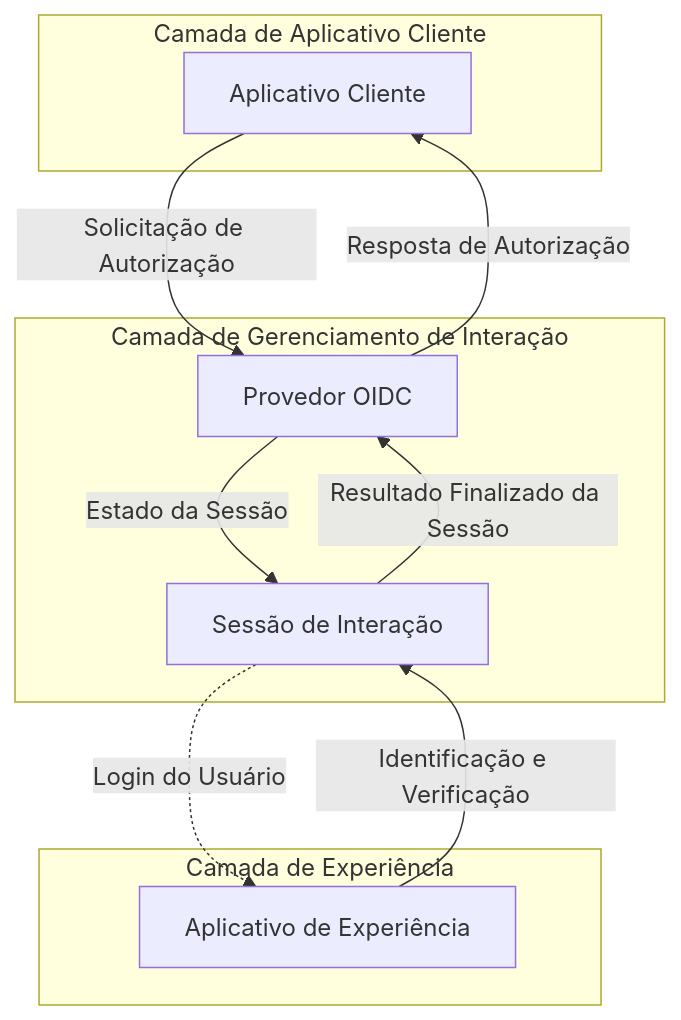
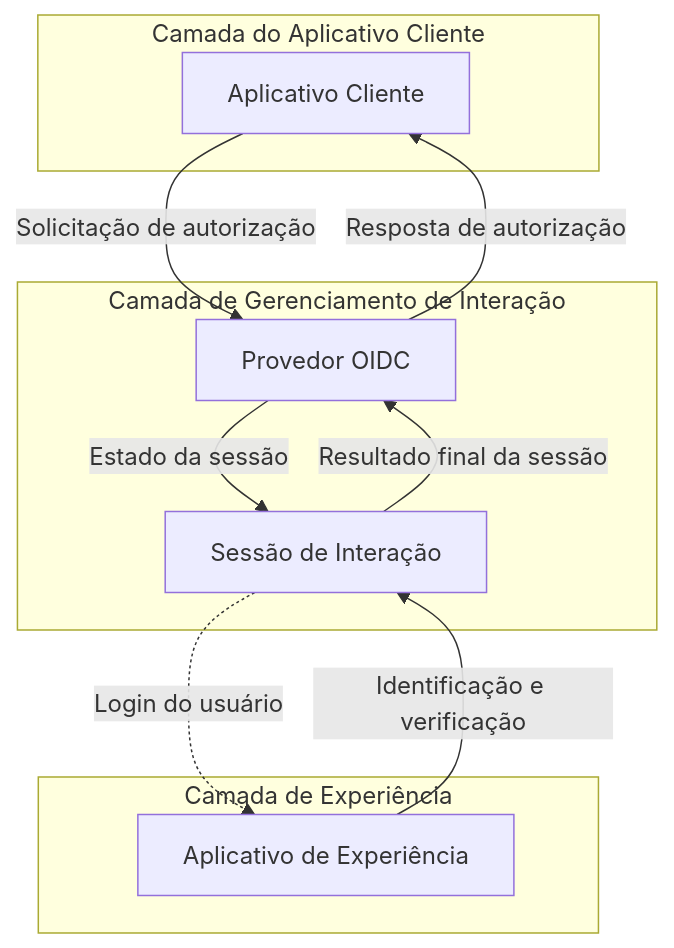
One commit to logto-io/docs changed the second of 2 diagrams in i18n/pt-BR/docusaurus-plugin-content-docs/current/end-user-flows/sign-up-and-sign-in/README.mdx. Above: the diagram before and after it, drawn with Mermaid. The commit also changed other lines of this file and 53 other files, not shown here.

````diff
--- a/i18n/pt-BR/docusaurus-plugin-content-docs/current/end-user-flows/sign-up-and-sign-in/README.mdx
+++ b/i18n/pt-BR/docusaurus-plugin-content-docs/current/end-user-flows/sign-up-and-sign-in/README.mdx
@@ -47,24 +47,24 @@
 ```mermaid
 flowchart TD
   %% Camadas
-  subgraph Layer1 [Camada de Aplicativo Cliente]
+  subgraph Layer1 [Camada do Aplicativo Cliente]
       A[Aplicativo Cliente]
   end
 
   subgraph Layer2 [Camada de Gerenciamento de Interação]
       B[Provedor OIDC]
       C[Sessão de Interação]
   end
 
   subgraph Layer3 [Camada de Experiência]
       D[Aplicativo de Experiência]
   end
 
   %% Conexões
-  A --> |Solicitação de Autorização| B
-  B --> |Estado da Sessão| C
-  C -.-> |Login do Usuário| D
-  D --> |Identificação e Verificação| C
-  C --> |Resultado Finalizado da Sessão| B
-  B --> |Resposta de Autorização| A
+  A --> |Solicitação de autorização| B
+  B --> |Estado da sessão| C
+  C -.-> |Login do usuário| D
+  D --> |Identificação e verificação| C
+  C --> |Resultado final da sessão| B
+  B --> |Resposta de autorização| A
 ```
````
